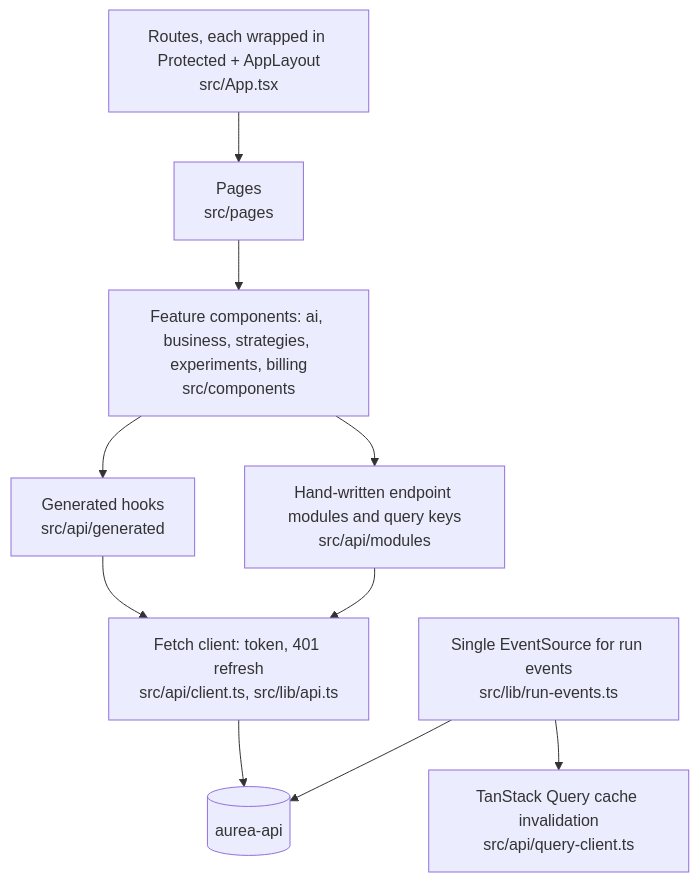
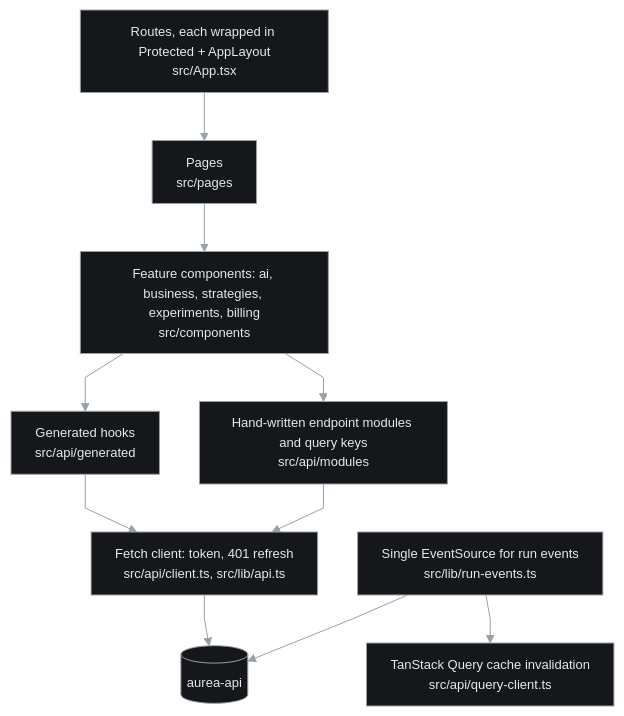
Before and after one commit to mkwitko/aurea-web-app: the second of 3 diagrams in README.md, drawn with Mermaid. The commit also changed other lines of this file and 7 other files, not shown here.

Commit message:
brand: framed screenshots and diagram palette

````diff
--- a/README.md
+++ b/README.md
@@ -54,12 +55,13 @@
 ```mermaid
+%%{init: {"theme":"base","themeVariables":{"background":"#0B0C0E","primaryColor":"#15171B","primaryTextColor":"#E6E8EB","primaryBorderColor":"#9AA0A8","secondaryColor":"#1E2126","tertiaryColor":"#1E2126","lineColor":"#9AA0A8","textColor":"#E6E8EB","clusterBkg":"#101216","clusterBorder":"#2A2E35","edgeLabelBackground":"#0B0C0E","actorBkg":"#15171B","actorBorder":"#9AA0A8","actorTextColor":"#E6E8EB","signalColor":"#9AA0A8","signalTextColor":"#E6E8EB","noteBkgColor":"#1E2126","noteTextColor":"#E6E8EB","noteBorderColor":"#2A2E35","fontFamily":"ui-monospace, SFMono-Regular, Menlo, monospace","fontSize":"13px"}, "flowchart":{"curve":"linear","nodeSpacing":40,"rankSpacing":48,"padding":12}}}%%
 flowchart TD
   App["Routes, each wrapped in Protected + AppLayout<br/>src/App.tsx"] --> Pages["Pages<br/>src/pages"]
   Pages --> Comp["Feature components: ai, business, strategies, experiments, billing<br/>src/components"]
   Comp --> Hooks["Generated hooks<br/>src/api/generated"]
   Comp --> Mod["Hand-written endpoint modules and query keys<br/>src/api/modules"]
   Hooks --> Client["Fetch client: token, 401 refresh<br/>src/api/client.ts, src/lib/api.ts"]
   Mod --> Client
   Events["Single EventSource for run events<br/>src/lib/run-events.ts"] --> QC["TanStack Query cache invalidation<br/>src/api/query-client.ts"]
   Client --> API[(aurea-api)]
   Events --> API
 ```
````
